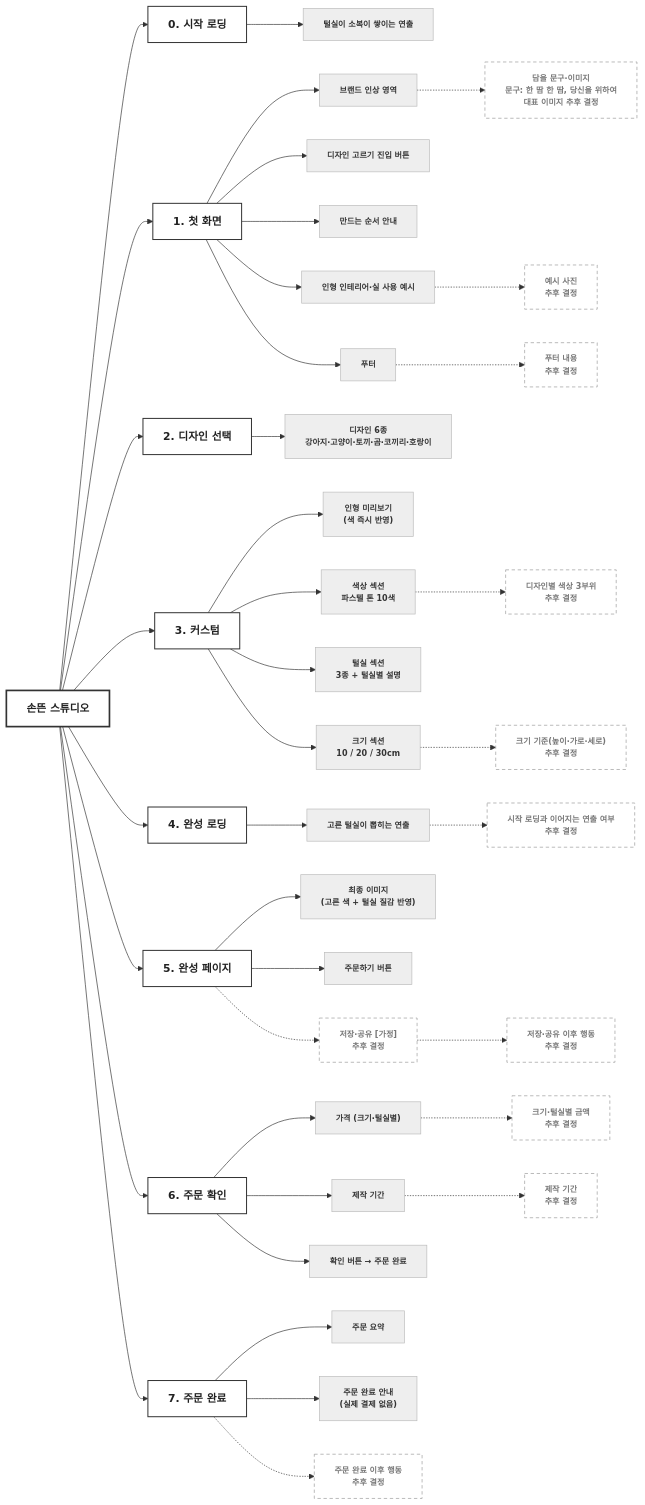
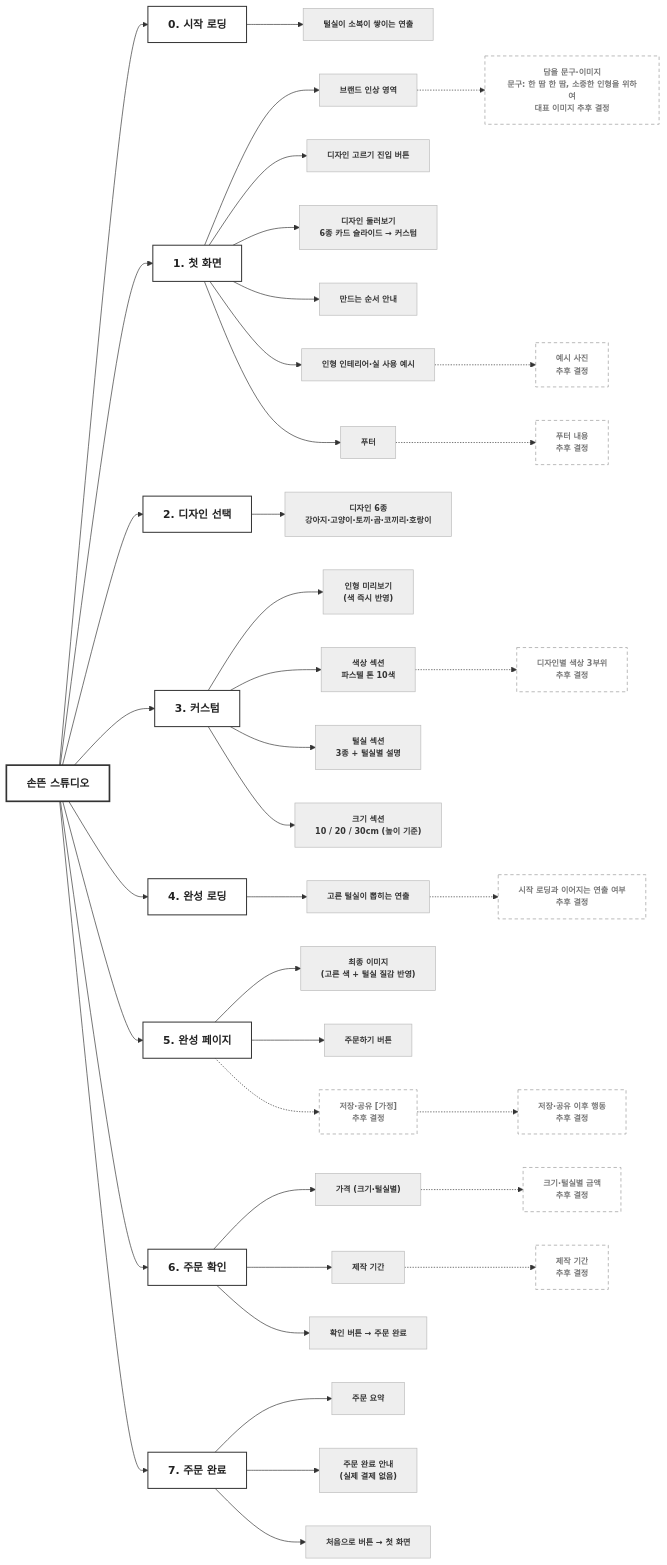
Before and after one commit to uuu9ohc-prog/my-shop: the diagram in docs/03-site-map.md, drawn with Mermaid. The commit also changed other lines of this file and 69 other files, not shown here.

````diff
--- a/docs/03-site-map.md
+++ b/docs/03-site-map.md
@@ -33,61 +22,61 @@
 ```mermaid
 flowchart LR
     ROOT["손뜬 스튜디오"]
 
     ROOT --> P0["0. 시작 로딩"]
     ROOT --> P1["1. 첫 화면"]
     ROOT --> P2["2. 디자인 선택"]
     ROOT --> P3["3. 커스텀"]
     ROOT --> P4["4. 완성 로딩"]
     ROOT --> P5["5. 완성 페이지"]
     ROOT --> P6["6. 주문 확인"]
     ROOT --> P7["7. 주문 완료"]
 
     P0 --> S01["털실이 소복이 쌓이는 연출"]
 
     P1 --> S11["브랜드 인상 영역"]
     P1 --> S12["디자인 고르기 진입 버튼"]
+    P1 --> S16["디자인 둘러보기<br/>6종 카드 슬라이드 → 커스텀"]
     P1 --> S13["만드는 순서 안내"]
     P1 --> S14["인형 인테리어·실 사용 예시"]
     P1 --> S15["푸터"]
-    S11 -.-> U11["담을 문구·이미지<br/>문구: 한 땀 한 땀, 당신을 위하여<br/>대표 이미지 추후 결정"]
+    S11 -.-> U11["담을 문구·이미지<br/>문구: 한 땀 한 땀, 소중한 인형을 위하여<br/>대표 이미지 추후 결정"]
     S14 -.-> U14["예시 사진<br/>추후 결정"]
     S15 -.-> U15["푸터 내용<br/>추후 결정"]
 
     P2 --> S21["디자인 6종<br/>강아지·고양이·토끼·곰·코끼리·호랑이"]
 
     P3 --> S31["인형 미리보기<br/>(색 즉시 반영)"]
     P3 --> S32["색상 섹션<br/>파스텔 톤 10색"]
     P3 --> S33["털실 섹션<br/>3종 + 털실별 설명"]
-    P3 --> S34["크기 섹션<br/>10 / 20 / 30cm"]
+    P3 --> S34["크기 섹션<br/>10 / 20 / 30cm (높이 기준)"]
     S32 -.-> U31["디자인별 색상 3부위<br/>추후 결정"]
-    S34 -.-> U32["크기 기준(높이·가로·세로)<br/>추후 결정"]
 
     P4 --> S41["고른 털실이 뽑히는 연출"]
     S41 -.-> U41["시작 로딩과 이어지는 연출 여부<br/>추후 결정"]
 
     P5 --> S51["최종 이미지<br/>(고른 색 + 털실 질감 반영)"]
     P5 --> S52["주문하기 버튼"]
     P5 -.-> U51["저장·공유 [가정]<br/>추후 결정"]
     U51 -.-> U52["저장·공유 이후 행동<br/>추후 결정"]
 
     P6 --> S61["가격 (크기·털실별)"]
     P6 --> S62["제작 기간"]
     P6 --> S63["확인 버튼 → 주문 완료"]
     S61 -.-> U61["크기·털실별 금액<br/>추후 결정"]
     S62 -.-> U62["제작 기간<br/>추후 결정"]
 
     P7 --> S71["주문 요약"]
     P7 --> S72["주문 완료 안내<br/>(실제 결제 없음)"]
-    P7 -.-> U71["주문 완료 이후 행동<br/>추후 결정"]
+    P7 --> S73["처음으로 버튼 → 첫 화면"]
 
     classDef page fill:#ffffff,stroke:#333333,stroke-width:1.5px,color:#222222;
     classDef section fill:#eeeeee,stroke:#bbbbbb,stroke-width:1px,color:#333333,font-size:12px;
     classDef tbd fill:#ffffff,stroke:#999999,stroke-width:1px,stroke-dasharray:5 4,color:#777777,font-size:12px;
     classDef root fill:#ffffff,stroke:#333333,stroke-width:2.5px,color:#222222,font-weight:bold;
 
     class ROOT root;
     class P0,P1,P2,P3,P4,P5,P6,P7 page;
-    class S01,S11,S12,S13,S14,S15,S21,S31,S32,S33,S34,S41,S51,S52,S61,S62,S63,S71,S72 section;
-    class U11,U14,U15,U31,U32,U41,U51,U52,U61,U62,U71 tbd;
+    class S01,S11,S12,S13,S14,S15,S16,S21,S31,S32,S33,S34,S41,S51,S52,S61,S62,S63,S71,S72,S73 section;
+    class U11,U14,U15,U31,U41,U51,U52,U61,U62 tbd;
 ```
````
